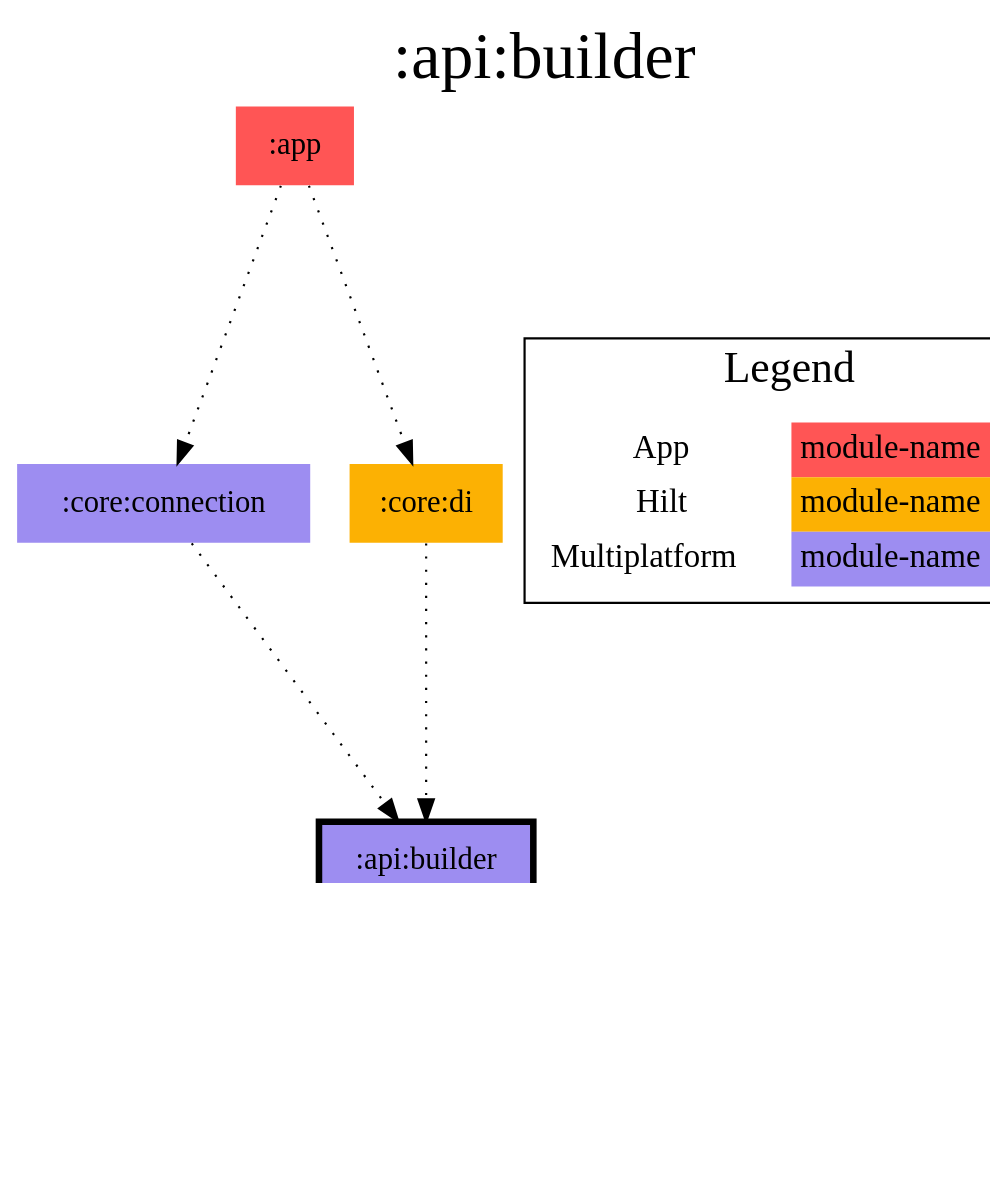
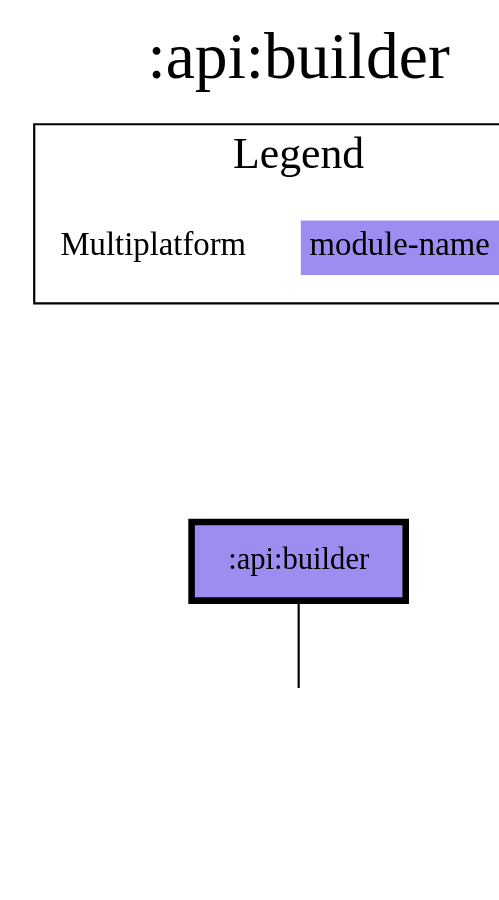
One commit to jonapoul/aktual changed the diagram in modules/api/builder/modules.dot. Above: the diagram before and after it, drawn with Graphviz. The commit also changed 73 other files, not shown here.

Commit message:
Remove upstream diagrams

```diff
--- a/modules/api/builder/modules.dot
+++ b/modules/api/builder/modules.dot
@@ -1,31 +1,22 @@
 digraph {
 edge ["dir"="forward"]
 graph ["dpi"="100","label"=":api:builder","labelloc"="t","fontsize"="30","ranksep"="1.5","rankdir"="TB"]
 node ["style"="filled"]
 ":api:builder" ["fillcolor"="#9D8DF1","color"="black","penwidth"="3","shape"="box"]
-":app" ["fillcolor"="#FF5555","shape"="none"]
-":core:connection" ["fillcolor"="#9D8DF1","shape"="none"]
-":core:di" ["fillcolor"="#FCB103","shape"="none"]
 ":core:model" ["fillcolor"="#9D8DF1","shape"="none"]
 {
 edge ["dir"="none"]
 graph ["rank"="same"]
 ":api:builder"
 }
 ":api:builder" -> ":core:model"
-":app" -> ":core:connection" ["style"="dotted"]
-":app" -> ":core:di" ["style"="dotted"]
-":core:connection" -> ":api:builder" ["style"="dotted"]
-":core:di" -> ":api:builder" ["style"="dotted"]
 subgraph "cluster_legend" {
 edge ["dir"="none"]
 graph ["label"="Legend","fontsize"="20"]
 "Legend" ["style"="filled","fillcolor"="#FFFFFF","shape"="none","margin"="0","fontsize"="15","label"=<
 <TABLE BORDER="0" CELLBORDER="0" CELLSPACING="0" CELLPADDING="4">
-<TR><TD>App</TD><TD BGCOLOR="#FF5555">module-name</TD></TR>
-<TR><TD>Hilt</TD><TD BGCOLOR="#FCB103">module-name</TD></TR>
 <TR><TD>Multiplatform</TD><TD BGCOLOR="#9D8DF1">module-name</TD></TR>
 </TABLE>
 >]
 } -> ":api:builder" ["style"="invis"]
 }
```
